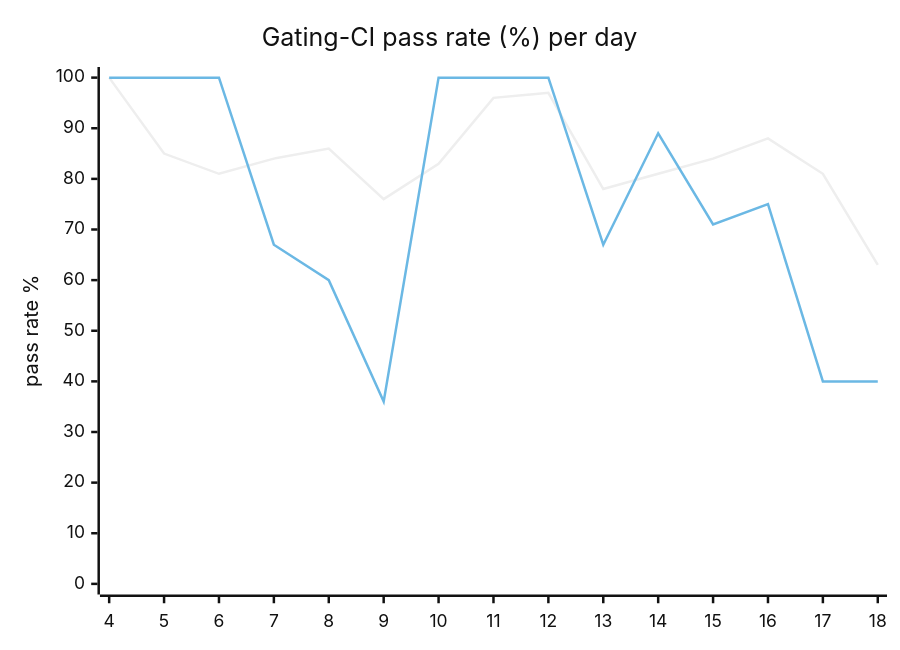
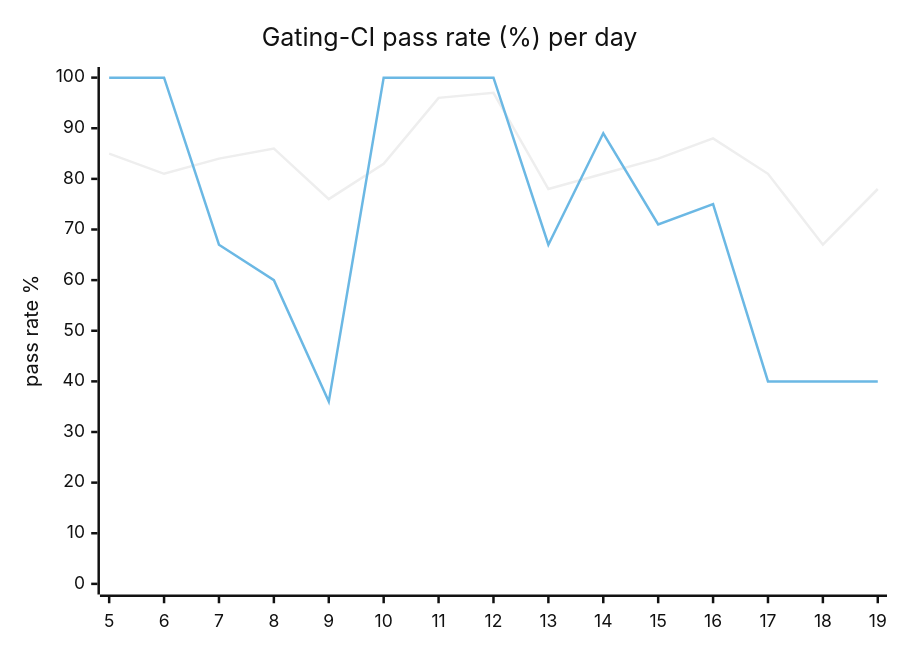
Before and after one commit to hatchet-dev/hatchet: the diagram in hack/ci/ci-dashboard/staging/issue.md, drawn with Mermaid (neutral theme). The commit also changed other lines of this file, not shown here.

````diff
--- a/hack/ci/ci-dashboard/staging/issue.md
+++ b/hack/ci/ci-dashboard/staging/issue.md
@@ -9,8 +9,8 @@
 ```mermaid
 xychart-beta
   title "Gating-CI pass rate (%) per day"
-  x-axis [4, 5, 6, 7, 8, 9, 10, 11, 12, 13, 14, 15, 16, 17, 18]
+  x-axis [5, 6, 7, 8, 9, 10, 11, 12, 13, 14, 15, 16, 17, 18, 19]
   y-axis "pass rate %" 0 --> 100
-  line "CI" [100, 85, 81, 84, 86, 76, 83, 96, 97, 78, 81, 84, 88, 81, 63]
-  line "main" [100, 100, 100, 67, 60, 36, 100, 100, 100, 67, 89, 71, 75, 40, 40]
+  line "CI" [85, 81, 84, 86, 76, 83, 96, 97, 78, 81, 84, 88, 81, 67, 78]
+  line "main" [100, 100, 67, 60, 36, 100, 100, 100, 67, 89, 71, 75, 40, 40, 40]
 ```
````
